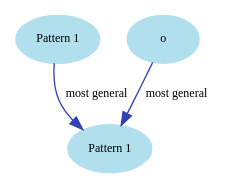
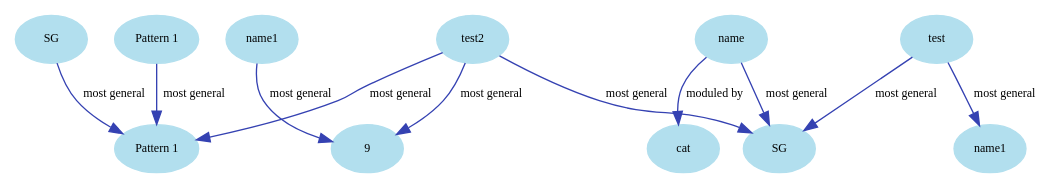
The diagram in branches/1.0/dpGraph.dot (googlecode-mirror/dp-navigator), drawn with Graphviz before and after one commit. The commit also changed 20 other files, not shown here.

```diff
--- a/branches/1.0/dpGraph.dot
+++ b/branches/1.0/dpGraph.dot
@@ -1,9 +1,33 @@
 digraph G {	 node [color = lightblue2,style=filled,fontname="Verdana",fontsize="9"];
 	 edge [color="0.650 0.700 0.700",fontname="Verdana",fontsize="9"];
 P13 -> R13 [label="most general"];
 P13 [label="Pattern 1"];
 R13 [label="Pattern 1"];
-P14 -> R13 [label="most general"];
-P14 [label="o"];
+P40 -> R13 [label="most general"];
+P40 [label="SG"];
 R13 [label="Pattern 1"];
+P72 -> R45 [label="most general"];
+P72 [label="name1"];
+R45 [label="9"];
+P74 -> R40 [label="most general"];
+P74 [label="name"];
+R40 [label="SG"];
+P75 -> R40 [label="most general"];
+P75 [label="test"];
+R40 [label="SG"];
+P75 -> R72 [label="most general"];
+P75 [label="test"];
+R72 [label="name1"];
+P76 -> R13 [label="most general"];
+P76 [label="test2"];
+R13 [label="Pattern 1"];
+P76 -> R40 [label="most general"];
+P76 [label="test2"];
+R40 [label="SG"];
+P76 -> R45 [label="most general"];
+P76 [label="test2"];
+R45 [label="9"];
+P74 -> R73 [label="moduled by"];
+P74 [label="name"];
+R73 [label="cat"];
 }
```
